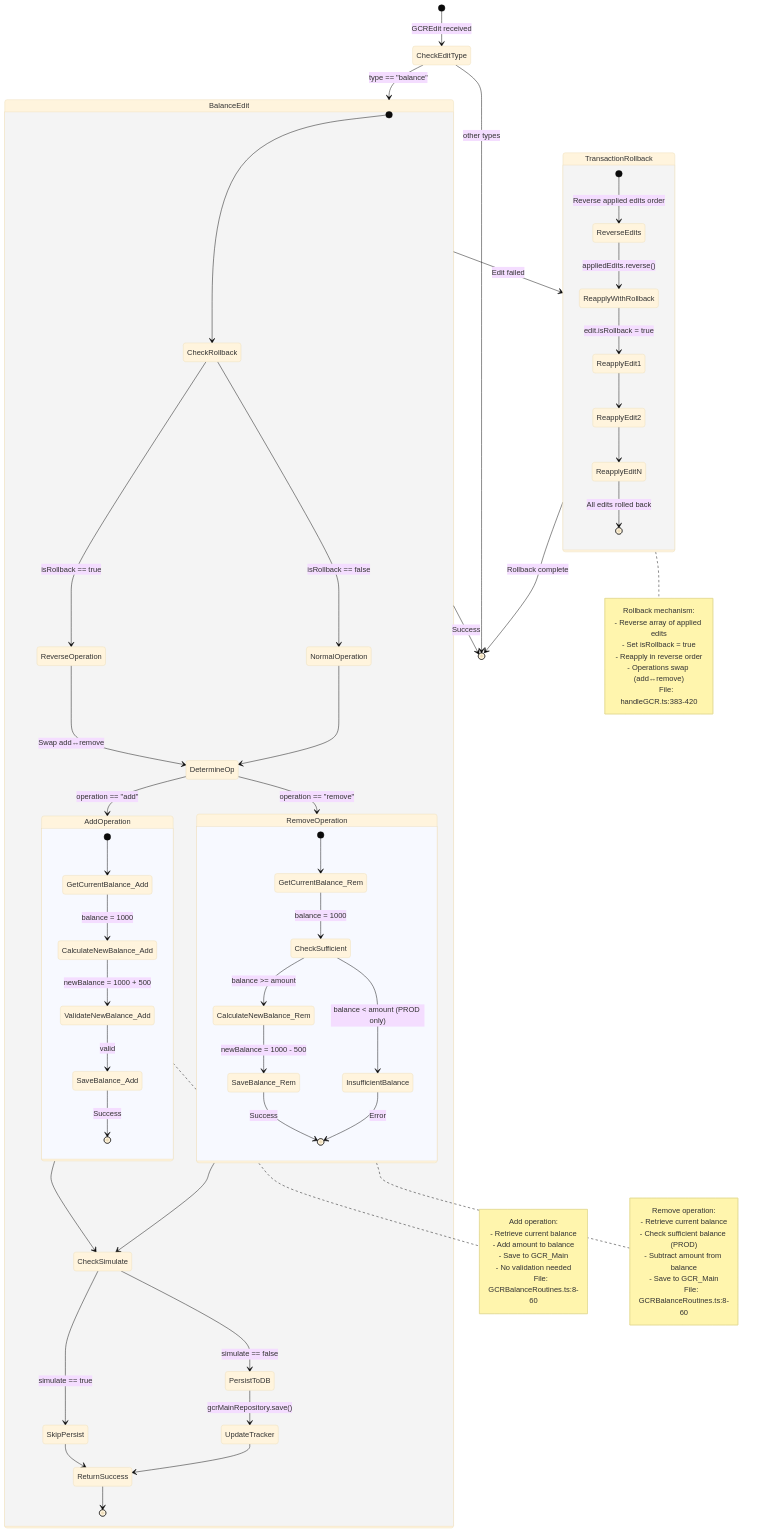
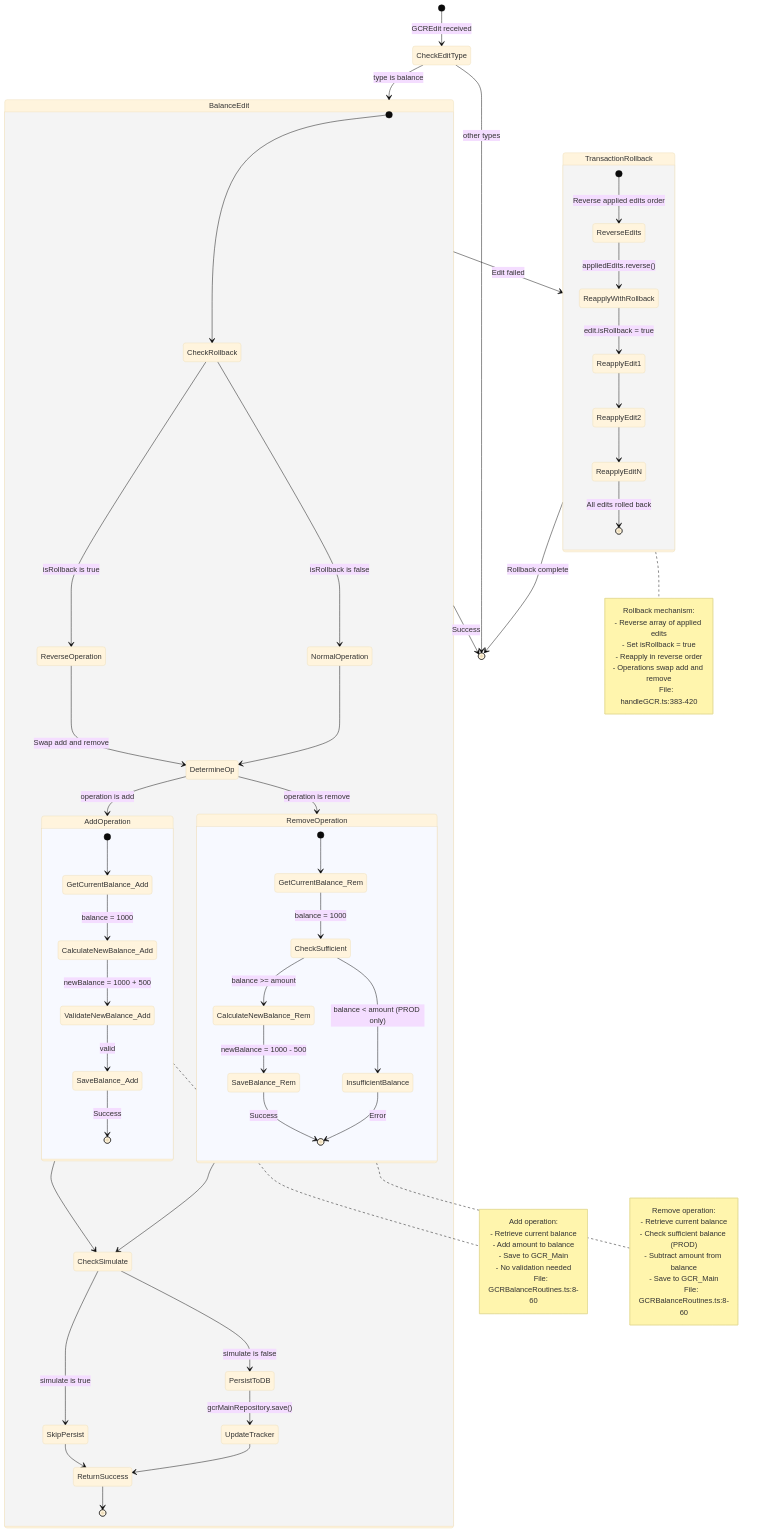
One commit to Shitikyan/node changed the fifth of 10 diagrams in diagrams/gcr/GCR.md. Above: the diagram before and after it, drawn with Mermaid (base theme). The commit also changed other lines of this file and 1 other file, not shown here.

Commit message:
Fix mermaid syntax errors in GCR diagrams - remove special characters that break HTML renderer

```diff
--- a/diagrams/gcr/GCR.md
+++ b/diagrams/gcr/GCR.md
@@ -451,20 +451,20 @@
 stateDiagram-v2
     [*] --> CheckEditType: GCREdit received
 
-    CheckEditType --> BalanceEdit: type == "balance"
+    CheckEditType --> BalanceEdit: type is balance
     CheckEditType --> [*]: other types
 
     state BalanceEdit {
         [*] --> CheckRollback
 
-        CheckRollback --> ReverseOperation: isRollback == true
-        CheckRollback --> NormalOperation: isRollback == false
+        CheckRollback --> ReverseOperation: isRollback is true
+        CheckRollback --> NormalOperation: isRollback is false
 
-        ReverseOperation --> DetermineOp: Swap add↔remove
+        ReverseOperation --> DetermineOp: Swap add and remove
         NormalOperation --> DetermineOp
 
-        DetermineOp --> AddOperation: operation == "add"
-        DetermineOp --> RemoveOperation: operation == "remove"
+        DetermineOp --> AddOperation: operation is add
+        DetermineOp --> RemoveOperation: operation is remove
 
         state AddOperation {
             [*] --> GetCurrentBalance_Add
@@ -487,8 +487,8 @@
         AddOperation --> CheckSimulate
         RemoveOperation --> CheckSimulate
 
-        CheckSimulate --> SkipPersist: simulate == true
-        CheckSimulate --> PersistToDB: simulate == false
+        CheckSimulate --> SkipPersist: simulate is true
+        CheckSimulate --> PersistToDB: simulate is false
 
         PersistToDB --> UpdateTracker: gcrMainRepository.save()
         SkipPersist --> ReturnSuccess
@@ -538,7 +538,7 @@
         - Reverse array of applied edits
         - Set isRollback = true
         - Reapply in reverse order
-        - Operations swap (add↔remove)
+        - Operations swap add and remove
 
         File: handleGCR.ts:383-420
     end note
```
